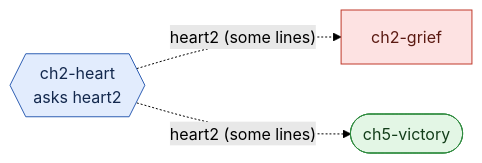
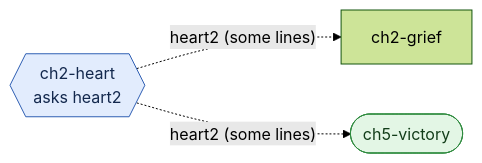
Before and after one commit to damicoedoardo/calisthenics-quest: the fourth of 17 diagrams in src/story/graph.md, drawn with Mermaid (forest theme). The commit also changed other lines of this file and 14 other files, not shown here.

First line of the commit message:
Story catches up when a boss falls early, and the graph test holds it

````diff
--- a/src/story/graph.md
+++ b/src/story/graph.md
@@ -156,13 +101,12 @@
 ```mermaid
 flowchart LR
   ch2_heart{{"ch2-heart<br/>asks heart2"}}
   ch2_heart -.->|"heart2 (some lines)"| ch2_grief["ch2-grief"]
   ch2_heart -.->|"heart2 (some lines)"| ch5_victory(["ch5-victory"])
   classDef lost fill:#fde2e2,stroke:#c0392b,color:#5b1a12
   classDef only fill:#fdf1d6,stroke:#c98a10,color:#4a3305
   classDef ask fill:#e2ecfd,stroke:#2f5fb3,color:#13284d
   classDef done fill:#e3f6e5,stroke:#2e8b3e,color:#123d19
   class ch2_heart ask
-  class ch2_grief lost
   class ch5_victory done
 ```
````
